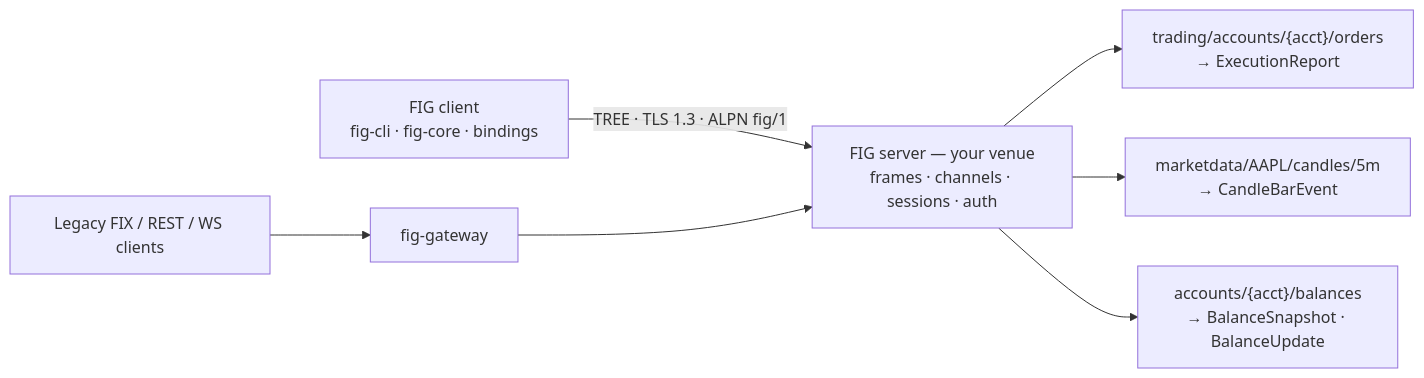
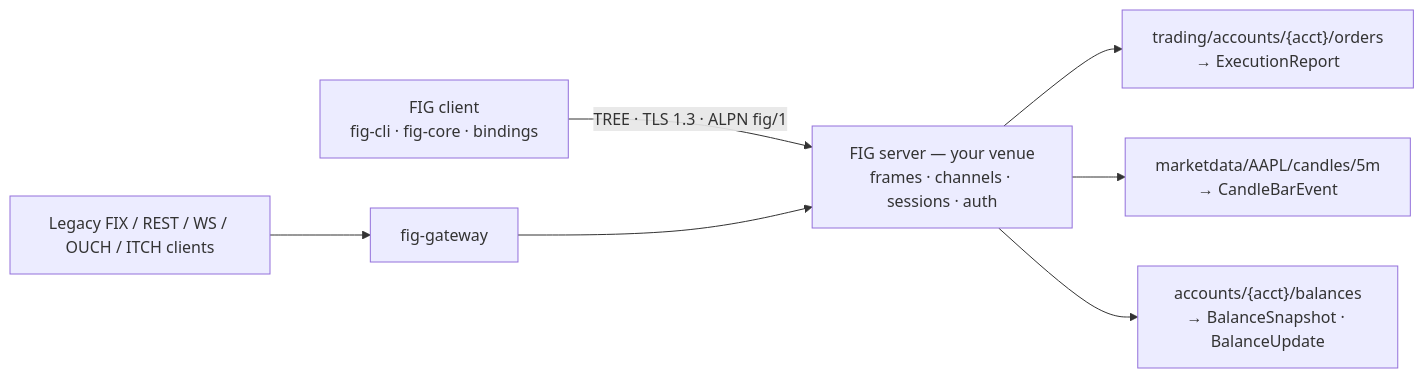
The diagram in README.md (Macho0x/FIG), drawn with Mermaid before and after one commit. The commit also changed other lines of this file and 58 other files, not shown here.

First line of the commit message:
feat(gateways): OUCH/ITCH adapters, market-state FSL, FIX session cert

````diff
--- a/README.md
+++ b/README.md
@@ -98,8 +98,8 @@
 ```mermaid
 flowchart LR
   C["FIG client<br/>fig-cli · fig-core · bindings"] -- "TREE · TLS 1.3 · ALPN fig/1" --> S["FIG server — your venue<br/>frames · channels · sessions · auth"]
   S --> O["trading/accounts/{acct}/orders<br/>→ ExecutionReport"]
   S --> M["marketdata/AAPL/candles/5m<br/>→ CandleBarEvent"]
   S --> B["accounts/{acct}/balances<br/>→ BalanceSnapshot · BalanceUpdate"]
-  L["Legacy FIX / REST / WS clients"] --> G["fig-gateway"] --> S
+  L["Legacy FIX / REST / WS / OUCH / ITCH clients"] --> G["fig-gateway"] --> S
 ```
````
